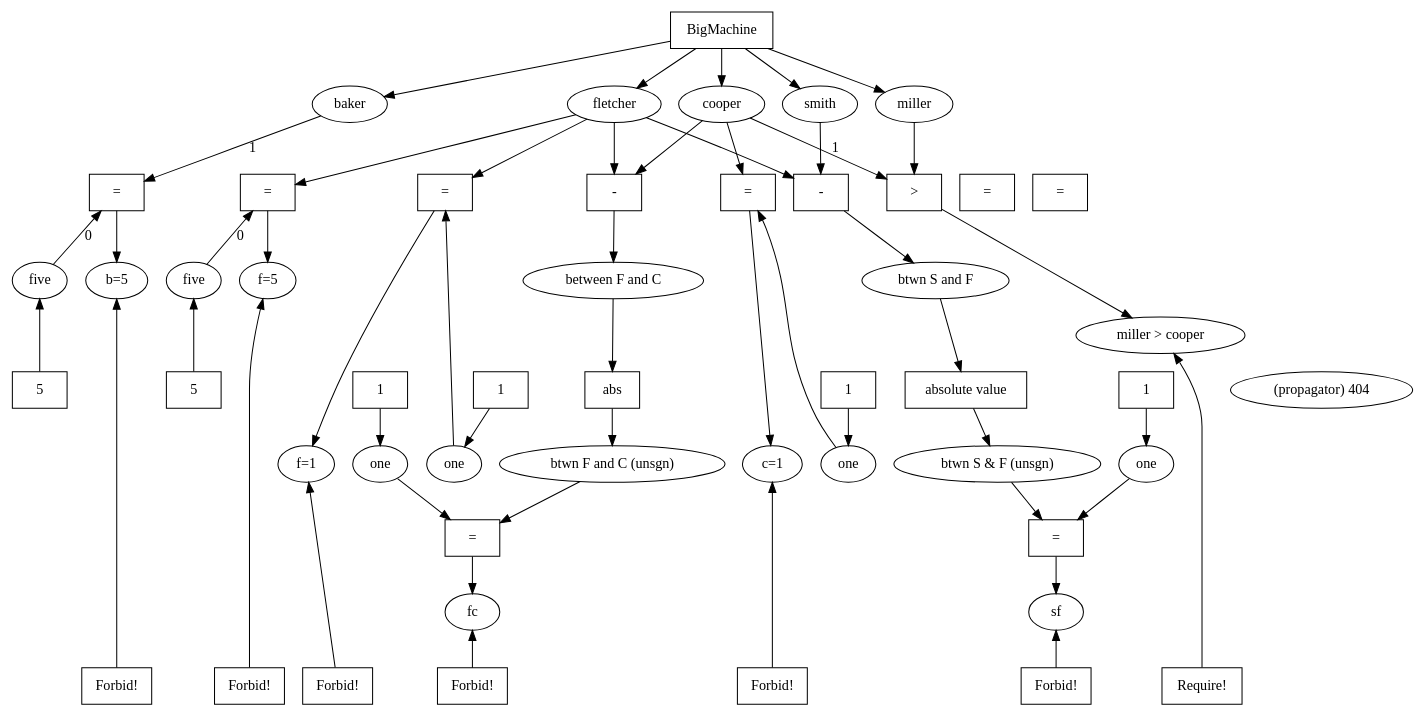
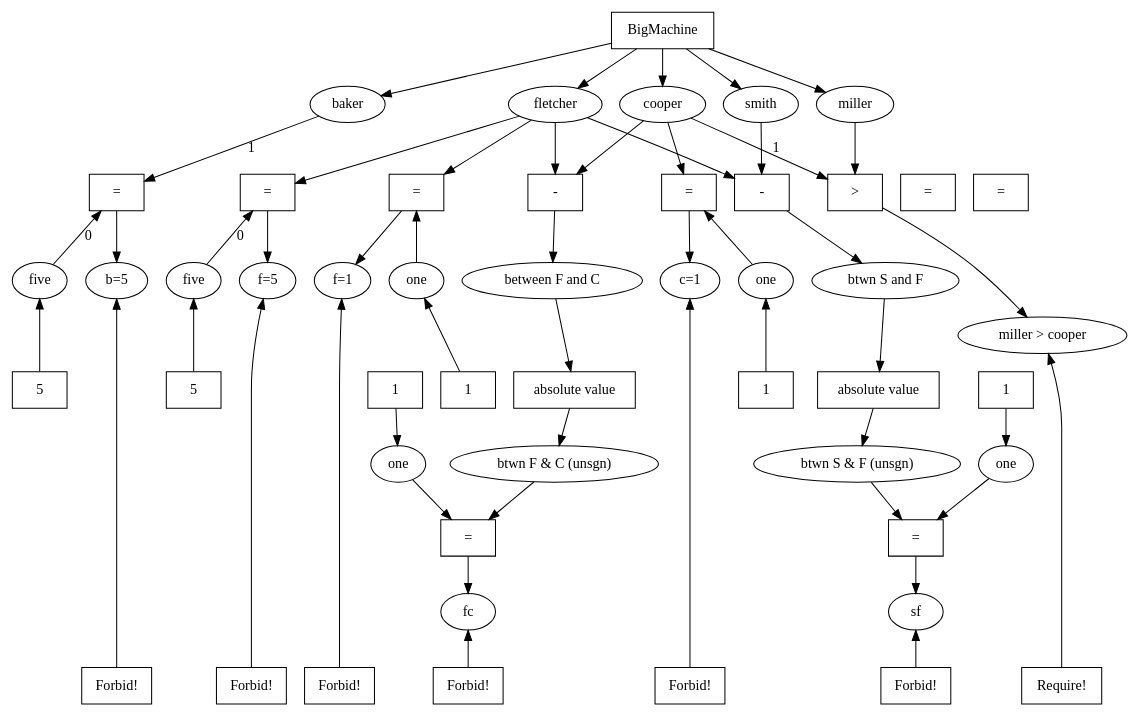
The diagram in explorations/graphics/mdonemachine.dot (ProjectMAC/propagators), drawn with Graphviz before and after one commit.

Commit message:
reversed arrows trick some more to get "ones" to lie flat changed "F and C" to F & C

```diff
--- a/explorations/graphics/mdonemachine.dot
+++ b/explorations/graphics/mdonemachine.dot
@@ -1,115 +1,115 @@
 digraph G {
   ratio=fill;
   "(variable) 11" [label="baker", shape="ellipse", rank="people" ];
   "(propagator) 12" [label="=", shape="box" ];
    { rank=same; "(propagator) 12"; "(propagator) 14"; "(propagator) 18"; "(propagator) 43"; "(propagator) 34"; "(propagator) 37"; "(propagator) 147" };
    { rank=same; "(variable) 130"; "(variable) 131"; "(variable) 238"; "(variable) 241" }; 
-   { rank=same; "(propagator) 240"; "(propagator) 241"; "(propagator) 401"; "(propagator) 402"; "(propagator) 403"; "(propagator) 404"; };
+   { rank=same; "(propagator) 240"; "(propagator) 241"; "(propagator) 401"; "(propagator) 402"; "(propagator) 403"; };
 
   "(propagator) 240" [label="5", shape="box" ];
   "(variable) 130" -> "(propagator) 240" [label="", dir=back, ];
   "(variable) 130" [label="five", shape="ellipse" ];
   "(propagator) 241" [label="5", shape="box" ];
   "(variable) 131" -> "(propagator) 241" [label="", dir=back, ];
   "(variable) 131" [label="five", shape="ellipse" ];
 
   "(variable) 130" -> "(propagator) 12" [label=0 ];
   "(variable) 131" -> "(propagator) 14" [label=0 ];
 
   "(propagator) 14" [label="=", shape="box" ];
   "(variable) 15" -> "(propagator) 14" [label="" ];
   "(variable) 15" [label="fletcher", shape="ellipse", rank="people" ];
   "(propagator) 16" [label="-", shape="box" ];
   "(variable) 15" -> "(propagator) 16" [label="" ];
   "(variable) 17" -> "(propagator) 16" [label="" ];
   "(variable) 17" [label="cooper", shape="ellipse", rank="people" ];
   "(propagator) 18" [label=">", shape="box" ];
   "(variable) 19" -> "(propagator) 18" [label="" ];
   "(variable) 19" [label="miller", shape="ellipse", rank="people" ];
   "(variable) 21" [label="smith", shape="ellipse", rank="people" ];
    { rank=same; "(variable) 11"; "(variable) 15"; "(variable) 17"; "(variable) 19"; "(variable) 21" }; 
   "(propagator) 22" [label="-", shape="box" ];
   "(variable) 21" -> "(propagator) 22" [label="" ];
   "(variable) 15" -> "(propagator) 22" [label="" ];
   "(propagator) 22" -> "(variable) 23" [label="" ];
   "(variable) 23" [label="btwn S and F", shape="ellipse" ];
   "(propagator) 24" [label="absolute value", shape="box" ];
   "(variable) 23" -> "(propagator) 24" [label="" ];
   "(propagator) 24" -> "(variable) 25" [label="" ];
   "(variable) 25" [label="btwn S & F (unsgn)", shape="ellipse" ];
   "(propagator) 26" [label="=", shape="box" ];
   "(variable) 207" -> "(propagator) 26" [label="" ];
    { rank=same; "(variable) 209"; "(variable) 210"; "(variable) 35"; "(variable) 38" }; 
 
   "(propagator) 400" [label="1", shape="box" ];
   "(propagator) 400" -> "(variable) 207" [label="" ];
   "(variable) 207" [label="one", shape="ellipse" ];
   "(propagator) 401" [label="1", shape="box" ];
   "(propagator) 401" -> "(variable) 208" [label="" ];
   "(variable) 208" [label="one", shape="ellipse" ];
   "(propagator) 402" [label="1", shape="box" ];
-  "(propagator) 402" -> "(variable) 209" [label="" ];
+   "(variable) 209" -> "(propagator) 402" [label="", dir=back, ];
   "(variable) 209" [label="one", shape="ellipse" ];
   "(propagator) 403" [label="1", shape="box" ];
-  "(propagator) 403" -> "(variable) 210" [label="" ];
+  "(variable) 210" -> "(propagator) 403"  [label="", dir=back ];
   "(variable) 210" [label="one", shape="ellipse" ];
 
   "(propagator) 28" [label="=", shape="box" ];
   "(variable) 208" -> "(propagator) 28" [label="" ];
   "(variable) 29" -> "(propagator) 28" [label="" ];
-  "(variable) 29" [label="btwn F and C (unsgn)", shape="ellipse" ];
-  "(propagator) 30" [label="abs", shape="box" ];
+  "(variable) 29" [label="btwn F & C (unsgn)", shape="ellipse" ];
+  "(propagator) 30" [label="absolute value", shape="box" ];
   "(variable) 31" -> "(propagator) 30" [label="" ];
   "(variable) 31" [label="between F and C", shape="ellipse" ];
   "(propagator) 30" -> "(variable) 29" [label="" ];
   "(propagator) 28" -> "(variable) 32" [label="" ];
   "(variable) 32" [label="fc", shape="ellipse" ];
    { rank=max; "(propagator) 33"; "(propagator) 36"; "(propagator) 39"; "(propagator) 42"; "(propagator) 146"; "(propagator) 239"; "(propagator) 242" };
   "(propagator) 33" [label="Forbid!", shape="box", rank="forbid" ];
   "(propagator) 33" -> "(variable) 32" [label="" ];
   "(propagator) 34" [label="=", shape="box" ];
   "(variable) 209" -> "(propagator) 34" [label="" ];
   "(variable) 15" -> "(propagator) 34" [label="" ];
   "(propagator) 34" -> "(variable) 35" [label="" ];
   "(variable) 35" [label="f=1", shape="ellipse" ];
   "(propagator) 36" [label="Forbid!", shape="box", rank="forbid" ];
   "(propagator) 36" -> "(variable) 35" [label="" ];
   "(propagator) 37" [label="=", shape="box" ];
   "(variable) 210" -> "(propagator) 37" [label="" ];
   "(variable) 17" -> "(propagator) 37" [label="" ];
   "(propagator) 37" -> "(variable) 38" [label="" ];
   "(variable) 38" [label="c=1", shape="ellipse" ];
   "(propagator) 39" [label="Forbid!", shape="box", rank="forbid" ];
   "(propagator) 39" -> "(variable) 38" [label="" ];
   "(variable) 25" -> "(propagator) 26" [label="" ];
   "(propagator) 26" -> "(variable) 41" [label="" ];
   "(variable) 41" [label="sf", shape="ellipse" ];
   "(propagator) 42" [label="Forbid!", shape="box", rank="forbid" ];
   "(propagator) 42" -> "(variable) 41" [label="" ];
   "(propagator) 43" [label="=", shape="box" ];
 
   "(propagator) 57" [label="BigMachine", shape="box" ];
   "(propagator) 57" -> "(variable) 21" [label="" ];
   "(propagator) 57" -> "(variable) 19" [label="" ];
   "(propagator) 57" -> "(variable) 17" [label="" ];
   "(propagator) 57" -> "(variable) 15" [label="" ];
   "(propagator) 57" -> "(variable) 11" [label="" ];
 
 
   "(variable) 17" -> "(propagator) 18" [label=1 ];
   "(propagator) 18" -> "(variable) 145" [label="" ];
   "(variable) 145" [label="miller > cooper", shape="ellipse" ];
   "(propagator) 146" [label="Require!", shape="box" ];
   "(propagator) 146" -> "(variable) 145" [label="" ];
   "(propagator) 147" [label="=", shape="box" ];
   "(propagator) 16" -> "(variable) 31" [label="" ];
   "(propagator) 14" -> "(variable) 238" [label="" ];
   "(variable) 238" [label="f=5", shape="ellipse" ];
   "(propagator) 239" [label="Forbid!", shape="box", rank="forbid" ];
   "(propagator) 239" -> "(variable) 238" [label="" ];
   "(variable) 11" -> "(propagator) 12" [label=1 ];
   "(propagator) 12" -> "(variable) 241" [label="" ];
   "(variable) 241" [label="b=5", shape="ellipse" ];
   "(propagator) 242" [label="Forbid!", shape="box", rank="forbid" ];
   "(propagator) 242" -> "(variable) 241" [label="" ];
 }
```
